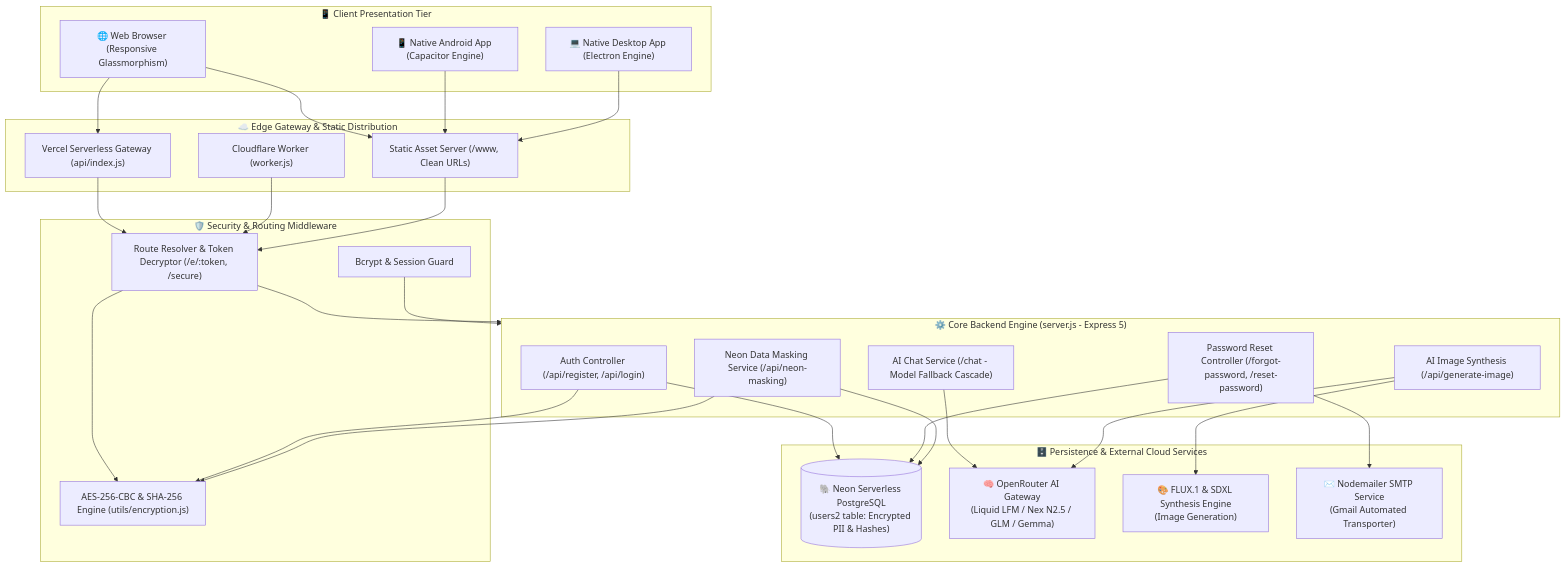
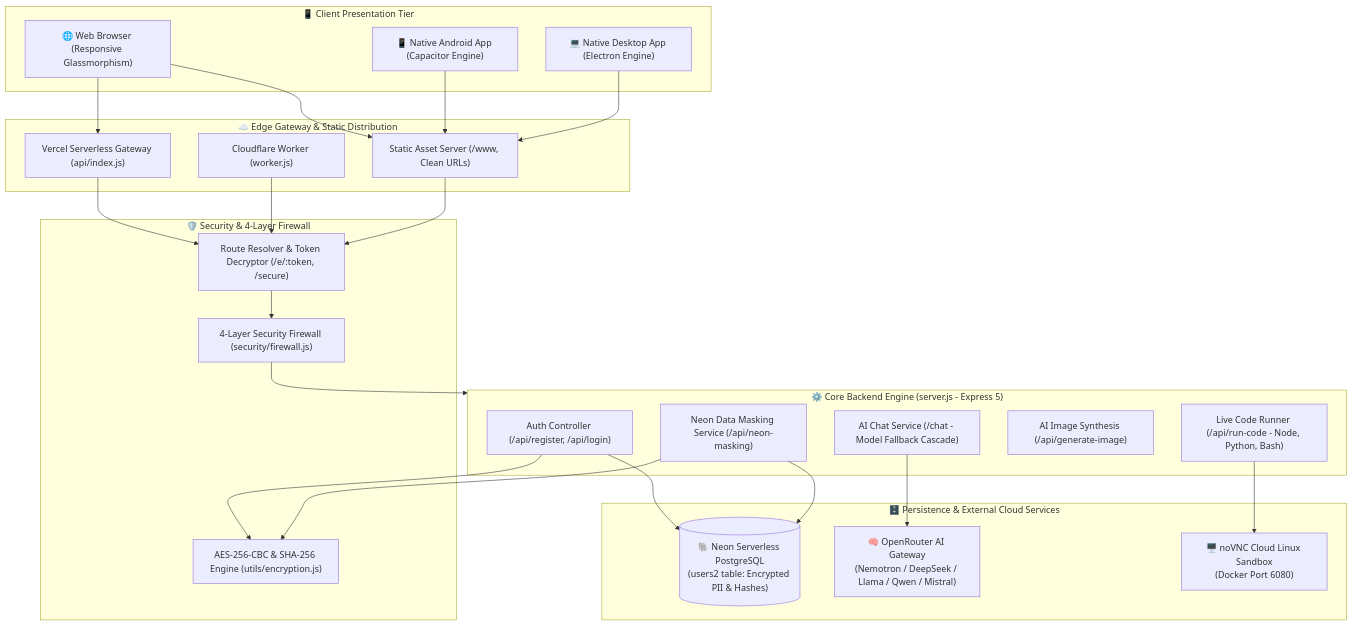
Before and after one commit to dhyangandhi/MindHelix-AI: the diagram in README.md, drawn with Mermaid. The commit also changed other lines of this file and 12 other files, not shown here.

````diff
--- a/README.md
+++ b/README.md
@@ -53,65 +49,57 @@
 ```mermaid
 flowchart TB
     %% Presentation Tier
     subgraph Clients["📱 Client Presentation Tier"]
         Web["🌐 Web Browser (Responsive Glassmorphism)"]
         Mobile["📱 Native Android App (Capacitor Engine)"]
         Desktop["💻 Native Desktop App (Electron Engine)"]
     end
 
     %% Edge Ingress
     subgraph Edge["☁️ Edge Gateway & Static Distribution"]
         CFWorker["Cloudflare Worker (worker.js)"]
         VercelEdge["Vercel Serverless Gateway (api/index.js)"]
         StaticCDN["Static Asset Server (/www, Clean URLs)"]
     end
 
     %% Security & Routing
-    subgraph Security["🛡️ Security & Routing Middleware"]
+    subgraph Security["🛡️ Security & 4-Layer Firewall"]
         URLResolver["Route Resolver & Token Decryptor (/e/:token, /secure)"]
+        FirewallEngine["4-Layer Security Firewall (security/firewall.js)"]
         CryptoUtil["AES-256-CBC & SHA-256 Engine (utils/encryption.js)"]
-        AuthShield["Bcrypt & Session Guard"]
     end
 
     %% Core Application Server
     subgraph CoreBackend["⚙️ Core Backend Engine (server.js - Express 5)"]
         AuthRouter["Auth Controller (/api/register, /api/login)"]
-        PasswordRecovery["Password Reset Controller (/forgot-password, /reset-password)"]
         AIChatProxy["AI Chat Service (/chat - Model Fallback Cascade)"]
+        CodeRunner["Live Code Runner (/api/run-code - Node, Python, Bash)"]
         ImageGenService["AI Image Synthesis (/api/generate-image)"]
         DataMasking["Neon Data Masking Service (/api/neon-masking)"]
     end
 
-    %% Persistence & External Services
+    %% Sandboxes & Persistence
     subgraph Persistence["🗄️ Persistence & External Cloud Services"]
         NeonDB[("🐘 Neon Serverless PostgreSQL\n(users2 table: Encrypted PII & Hashes)")]
-        OpenRouter["🧠 OpenRouter AI Gateway\n(Liquid LFM / Nex N2.5 / GLM / Gemma)"]
-        FluxEngine["🎨 FLUX.1 & SDXL Synthesis Engine\n(Image Generation)"]
-        SMTPMail["✉️ Nodemailer SMTP Service\n(Gmail Automated Transporter)"]
+        OpenRouter["🧠 OpenRouter AI Gateway\n(Nemotron / DeepSeek / Llama / Qwen / Mistral)"]
+        noVNCDesktop["🖥️ noVNC Cloud Linux Sandbox\n(Docker Port 6080)"]
     end
 
     %% Client Connections
     Web --> VercelEdge & StaticCDN
     Mobile --> StaticCDN
     Desktop --> StaticCDN
     VercelEdge --> URLResolver
     CFWorker --> URLResolver
     StaticCDN --> URLResolver
 
     %% Middleware Connections
-    URLResolver --> CryptoUtil
-    URLResolver --> CoreBackend
-    AuthShield --> CoreBackend
+    URLResolver --> FirewallEngine
+    FirewallEngine --> CoreBackend
 
     %% Backend Services to External
-    AuthRouter --> CryptoUtil
-    AuthRouter --> NeonDB
-    PasswordRecovery --> NeonDB
-    PasswordRecovery --> SMTPMail
-    DataMasking --> NeonDB
-    DataMasking --> CryptoUtil
-
+    AuthRouter --> CryptoUtil & NeonDB
     AIChatProxy --> OpenRouter
-    ImageGenService --> OpenRouter
-    ImageGenService --> FluxEngine
+    CodeRunner --> noVNCDesktop
+    DataMasking --> NeonDB & CryptoUtil
 ```
````
